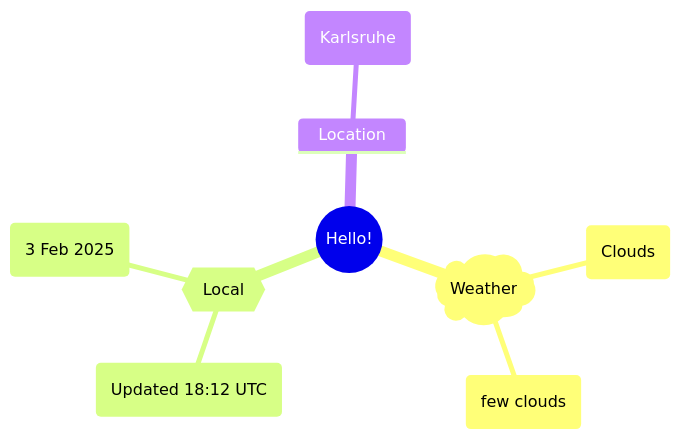
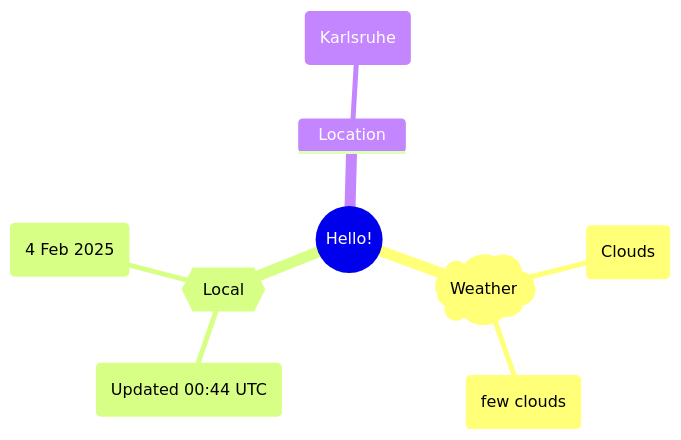
The first of 2 diagrams in README.md (Xosrov/Xosrov), drawn with Mermaid before and after one commit.

Commit message:
[bot] updated images

````diff
--- a/README.md
+++ b/README.md
@@ -3,12 +3,12 @@
 ```mermaid
 mindmap
   root((Hello!))
     )Weather(
         (Clouds)
         (few clouds)
     {{Local}}
-        (Updated 18:12 UTC)
-        (3 Feb 2025)
+        (Updated 00:44 UTC)
+        (4 Feb 2025)
     Location
         (Karlsruhe)
 ```
````
